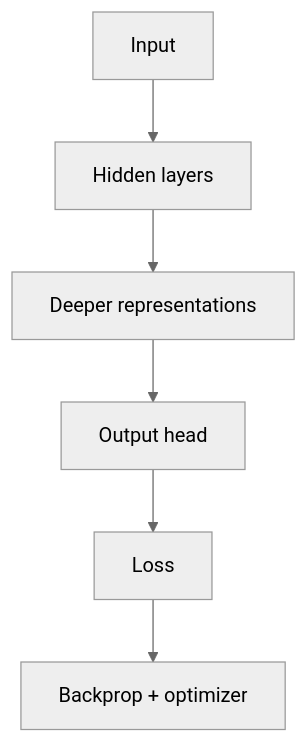
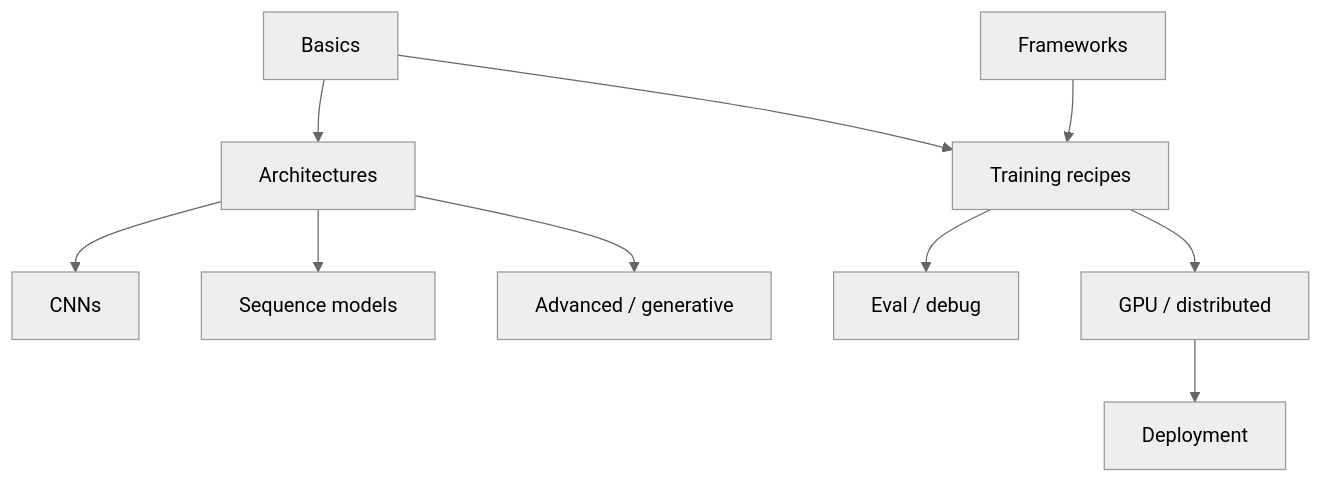
One commit to abdulsamad183/ai-engineering-playbook changed the diagram in domains/deep-learning/README.md. Above: the diagram before and after it, drawn with Mermaid (neutral theme). The commit also changed other lines of this file and 75 other files, not shown here.

````diff
--- a/domains/deep-learning/README.md
+++ b/domains/deep-learning/README.md
@@ -18,8 +27,12 @@
 ```mermaid
 flowchart TB
-  In[Input] --> H1[Hidden layers]
-  H1 --> H2[Deeper representations]
-  H2 --> Out[Output head]
-  Out --> Loss[Loss]
-  Loss --> Grad[Backprop + optimizer]
+  B[Basics] --> A[Architectures]
+  A --> CNN[CNNs]
+  A --> Seq[Sequence models]
+  B --> Train[Training recipes]
+  Train --> Eval[Eval / debug]
+  A --> Adv[Advanced / generative]
+  Train --> Opt[GPU / distributed]
+  Opt --> Dep[Deployment]
+  FW[Frameworks] --> Train
 ```
````
